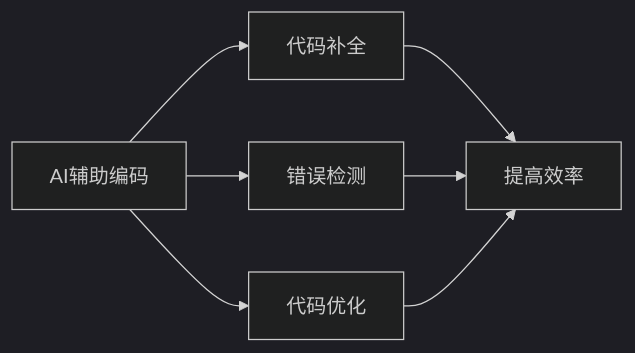
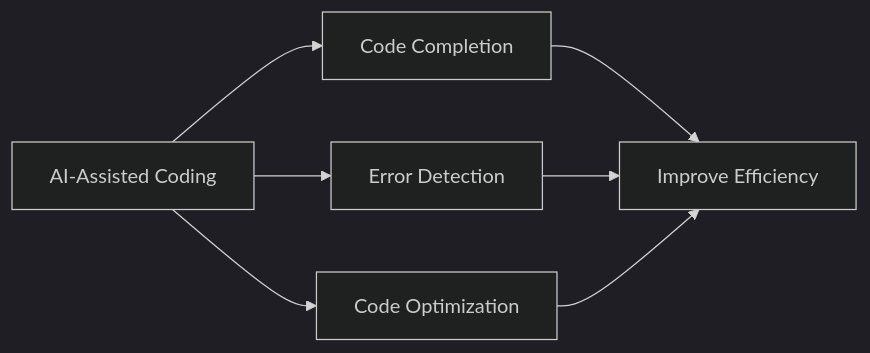
One commit to ChanMeng666/ai-programming-teaching-project changed the diagram in versioned_docs/version-2024-winter/practice/summary.mdx. Above: the diagram before and after it, drawn with Mermaid (dark theme). The commit also changed other lines of this file and 472 other files, not shown here.

````diff
--- a/versioned_docs/version-2024-winter/practice/summary.mdx
+++ b/versioned_docs/version-2024-winter/practice/summary.mdx
@@ -41,9 +37,9 @@
 ```mermaid
 graph LR
-    A[AI辅助编码] --> B[代码补全]
-    A --> C[错误检测]
-    A --> D[代码优化]
-    B --> E[提高效率]
+    A[AI-Assisted Coding] --> B[Code Completion]
+    A --> C[Error Detection]
+    A --> D[Code Optimization]
+    B --> E[Improve Efficiency]
     C --> E
     D --> E
 ```
````
